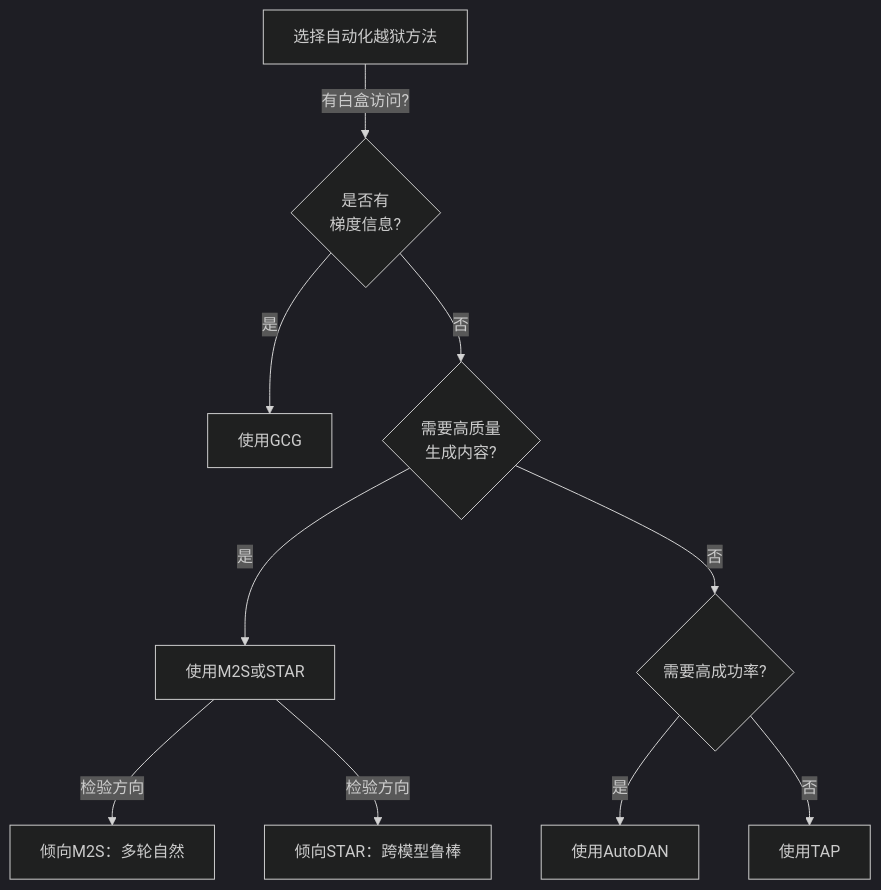
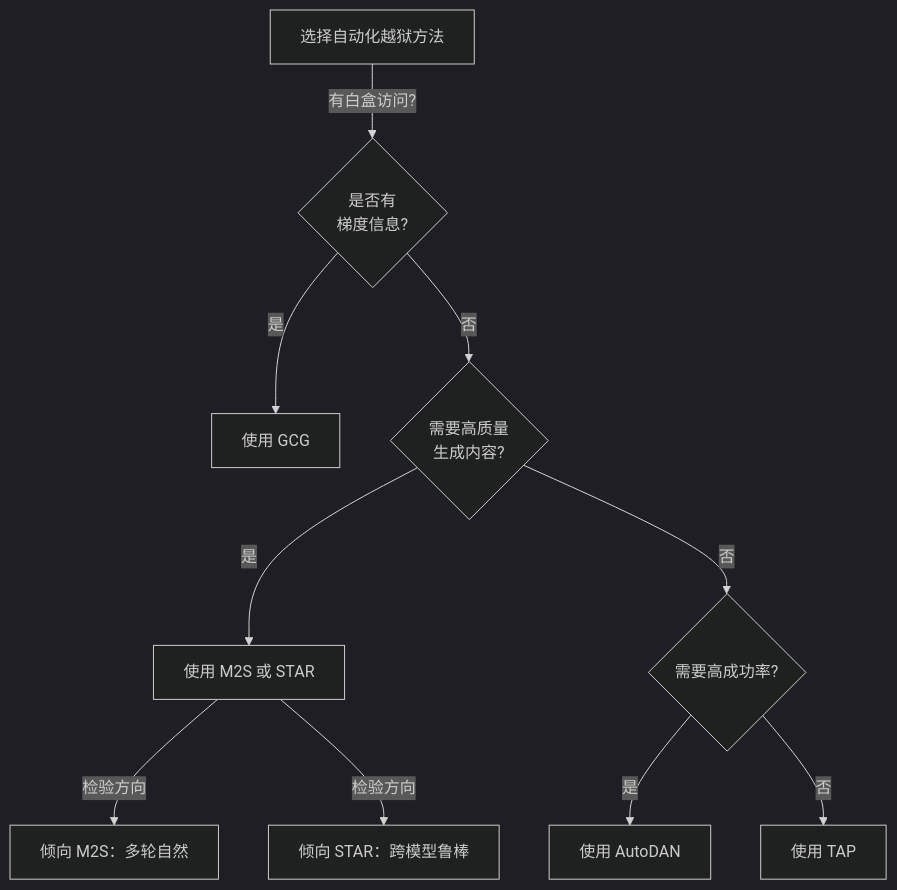
Before and after one commit to yeasy/ai_security_guide: the seventh of 8 diagrams in 05_jailbreak/5.6_automated_jailbreak_methods.md, drawn with Mermaid (dark theme). The commit also changed other lines of this file and 1 other file, not shown here.

````diff
--- a/05_jailbreak/5.6_automated_jailbreak_methods.md
+++ b/05_jailbreak/5.6_automated_jailbreak_methods.md
@@ -377,16 +377,16 @@
 ```mermaid
 flowchart TD
     A["选择自动化越狱方法"] -->|有白盒访问?| B{是否有<br/>梯度信息?}
 
-    B -->|是| C["使用GCG"]
+    B -->|是| C["使用 GCG"]
     B -->|否| D{需要高质量<br/>生成内容?}
 
-    D -->|是| E["使用M2S或STAR"]
+    D -->|是| E["使用 M2S 或 STAR"]
     D -->|否| F{需要高成功率?}
 
-    F -->|是| G["使用AutoDAN"]
-    F -->|否| H["使用TAP"]
+    F -->|是| G["使用 AutoDAN"]
+    F -->|否| H["使用 TAP"]
 
-    E -->|检验方向| I["倾向M2S：多轮自然"]
-    E -->|检验方向| J["倾向STAR：跨模型鲁棒"]
+    E -->|检验方向| I["倾向 M2S：多轮自然"]
+    E -->|检验方向| J["倾向 STAR：跨模型鲁棒"]
 ```
````
